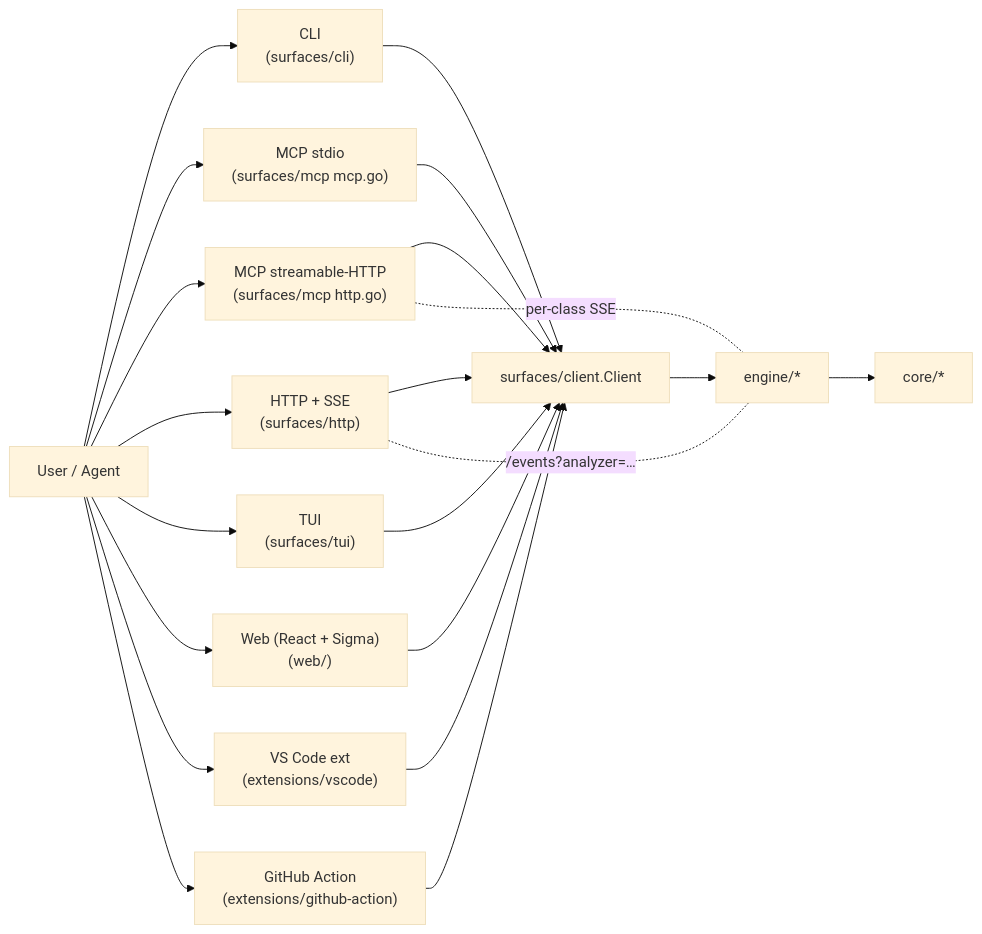
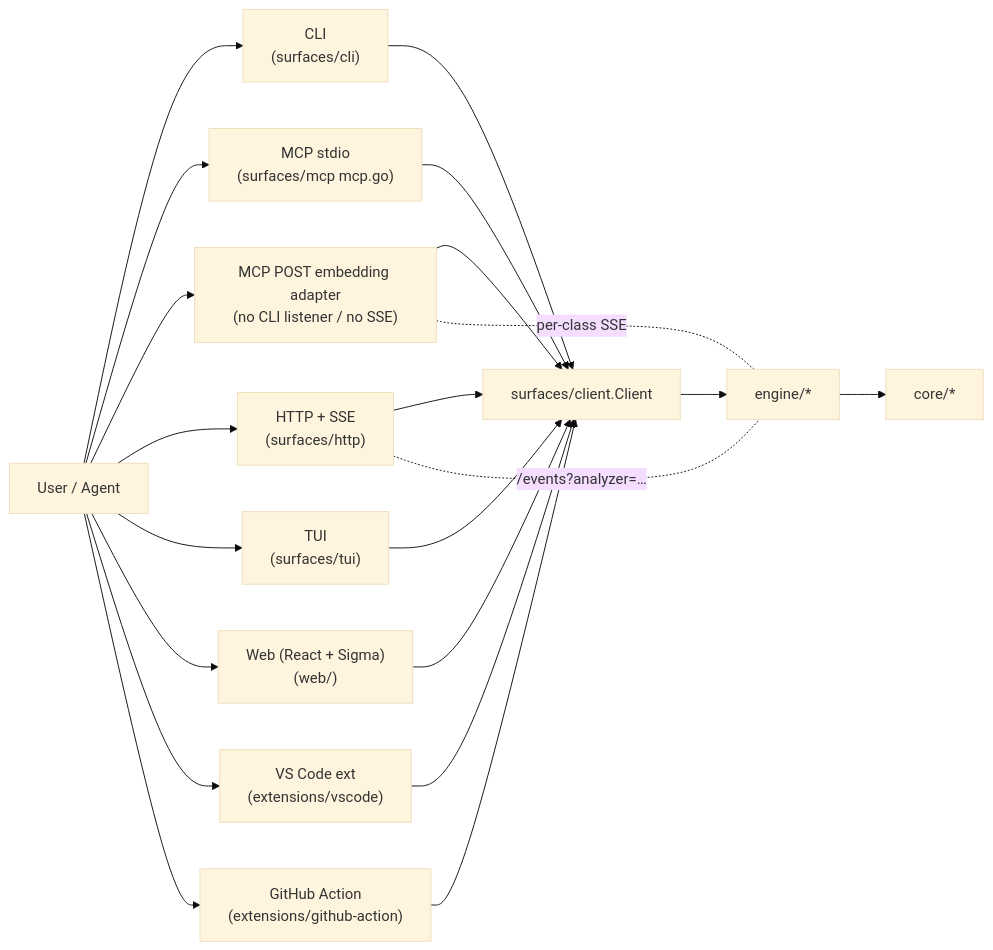
Before and after one commit to samibel/graphi: the third of 8 diagrams in docs/FEATURES.md, drawn with Mermaid (base theme). The commit also changed other lines of this file and 198 other files, not shown here.

Commit message:
Harden Graphi core, surfaces, and release path

````diff
--- a/docs/FEATURES.md
+++ b/docs/FEATURES.md
@@ -92,24 +97,24 @@
 ```mermaid
 flowchart LR
   U["User / Agent"]
   U --> S1["CLI<br/>(surfaces/cli)"]
   U --> S2["MCP stdio<br/>(surfaces/mcp mcp.go)"]
-  U --> S3["MCP streamable-HTTP<br/>(surfaces/mcp http.go)"]
+  U --> S3["MCP POST embedding adapter<br/>(no CLI listener / no SSE)"]
   U --> S4["HTTP + SSE<br/>(surfaces/http)"]
   U --> S5["TUI<br/>(surfaces/tui)"]
   U --> S6["Web (React + Sigma)<br/>(web/)"]
   U --> S7["VS Code ext<br/>(extensions/vscode)"]
   U --> S8["GitHub Action<br/>(extensions/github-action)"]
   S1 --> C["surfaces/client.Client"]
   S2 --> C
   S3 --> C
   S4 --> C
   S5 --> C
   S6 --> C
   S7 --> C
   S8 --> C
   C --> E["engine/*"]
   E --> CORE["core/*"]
   S3 -. per-class SSE .- E
   S4 -. "/events?analyzer=…" .- E
 ```
````
